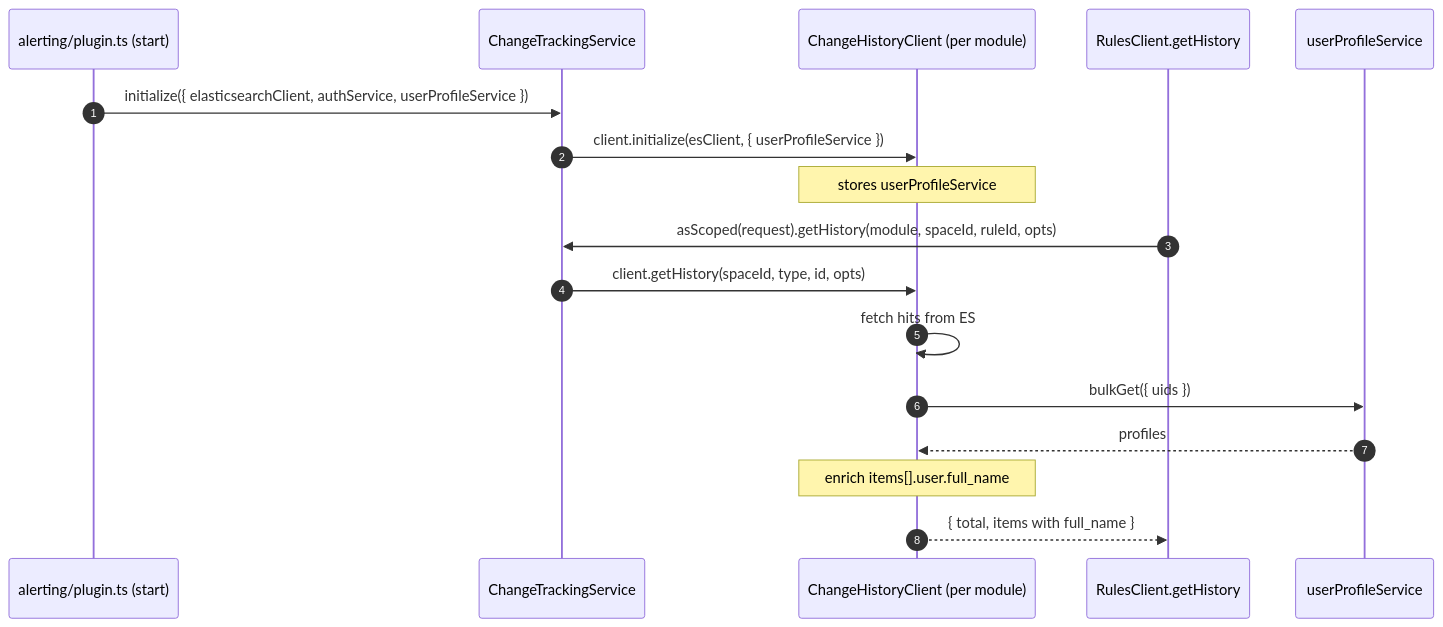
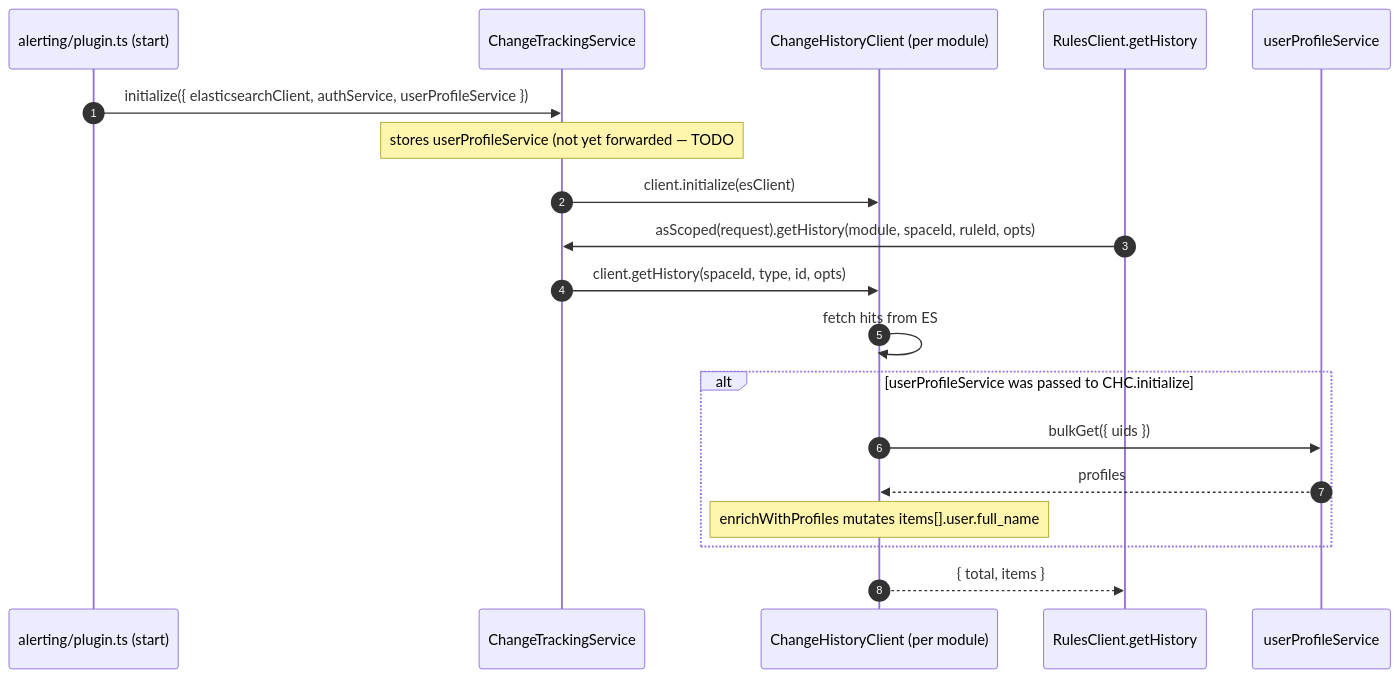
One commit to sdesalas/kibana-knowledge changed the diagram in plans/shared_change-history_name_resolver.plan.md. Above: the diagram before and after it, drawn with Mermaid. The commit also changed other lines of this file and 1 other file, not shown here.

````diff
--- a/plans/shared_change-history_name_resolver.plan.md
+++ b/plans/shared_change-history_name_resolver.plan.md
@@ -120,19 +131,21 @@
 ```mermaid
 sequenceDiagram
     autonumber
     participant Plugin as alerting/plugin.ts (start)
     participant CTS as ChangeTrackingService
     participant CHC as ChangeHistoryClient (per module)
     participant Caller as RulesClient.getHistory
     participant UPS as userProfileService
     Plugin->>CTS: initialize({ elasticsearchClient, authService, userProfileService })
-    CTS->>CHC: client.initialize(esClient, { userProfileService })
-    Note over CHC: stores userProfileService
+    Note over CTS: stores userProfileService (not yet forwarded — TODO #278422)
+    CTS->>CHC: client.initialize(esClient)
     Caller->>CTS: asScoped(request).getHistory(module, spaceId, ruleId, opts)
     CTS->>CHC: client.getHistory(spaceId, type, id, opts)
     CHC->>CHC: fetch hits from ES
-    CHC->>UPS: bulkGet({ uids })
-    UPS-->>CHC: profiles
-    Note over CHC: enrich items[].user.full_name
-    CHC-->>Caller: { total, items with full_name }
+    alt userProfileService was passed to CHC.initialize
+        CHC->>UPS: bulkGet({ uids })
+        UPS-->>CHC: profiles
+        Note over CHC: enrichWithProfiles mutates items[].user.full_name
+    end
+    CHC-->>Caller: { total, items }
 ```
````
